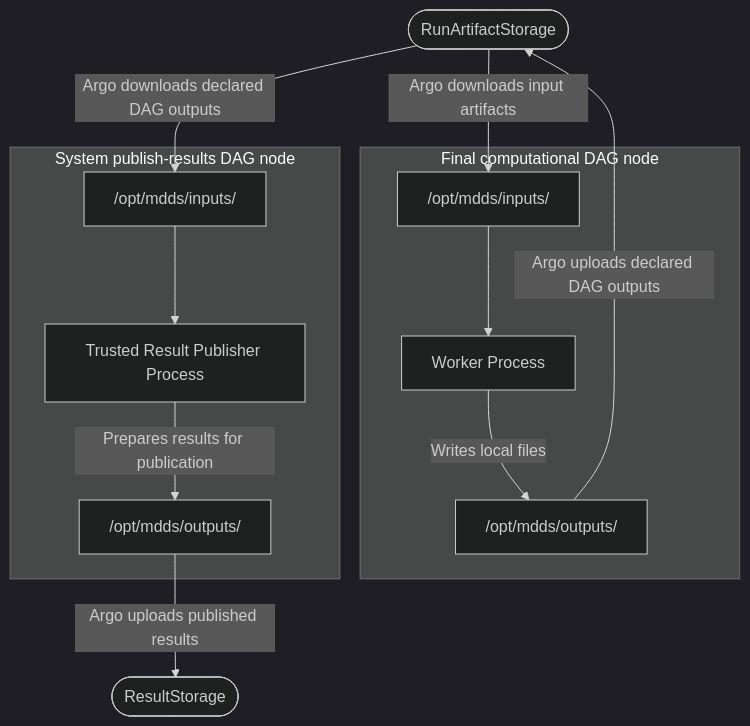
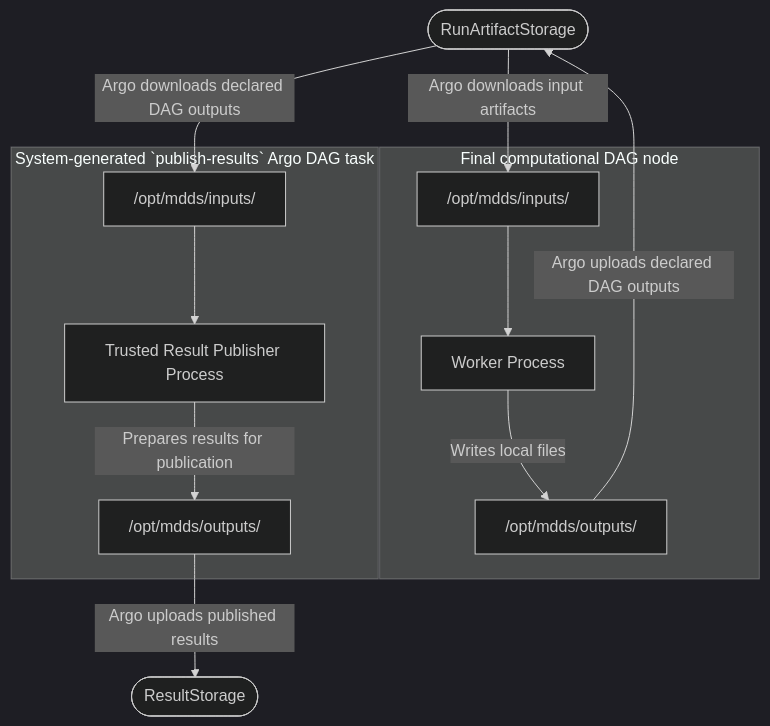
The fourth of 6 diagrams in mdds-docs/ARCHITECTURE.md (oleksiy-sayankin/mdds), drawn with Mermaid (dark theme) before and after one commit. The commit also changed other lines of this file, not shown here.

First line of the commit message:
MDDS-502 Document initial high-level MDDS architecture

````diff
--- a/mdds-docs/ARCHITECTURE.md
+++ b/mdds-docs/ARCHITECTURE.md
@@ -726,28 +840,28 @@
 ```mermaid
 flowchart TD
     RUN_STORAGE(["RunArtifactStorage"])
     RESULT_STORAGE(["ResultStorage"])
 
     subgraph FINAL_NODE["Final computational DAG node"]
         INPUTS["/opt/mdds/inputs/"]
         WORKER["Worker Process"]
         OUTPUTS["/opt/mdds/outputs/"]
 
         INPUTS --> WORKER
         WORKER -->|"Writes local files"| OUTPUTS
     end
 
-    subgraph PUBLISH_NODE["System publish-results DAG node"]
+    subgraph PUBLISH_NODE["System-generated `publish-results` Argo DAG task"]
         PUBLISH_INPUTS["/opt/mdds/inputs/"]
         PUBLISHER["Trusted Result Publisher Process"]
         PUBLISH_OUTPUTS["/opt/mdds/outputs/"]
 
         PUBLISH_INPUTS --> PUBLISHER
         PUBLISHER -->|"Prepares results for publication"| PUBLISH_OUTPUTS
     end
 
     RUN_STORAGE -->|"Argo downloads input artifacts"| INPUTS
     OUTPUTS -->|"Argo uploads declared DAG outputs"| RUN_STORAGE
     RUN_STORAGE -->|"Argo downloads declared DAG outputs"| PUBLISH_INPUTS
     PUBLISH_OUTPUTS -->|"Argo uploads published results"| RESULT_STORAGE
 ```
````
